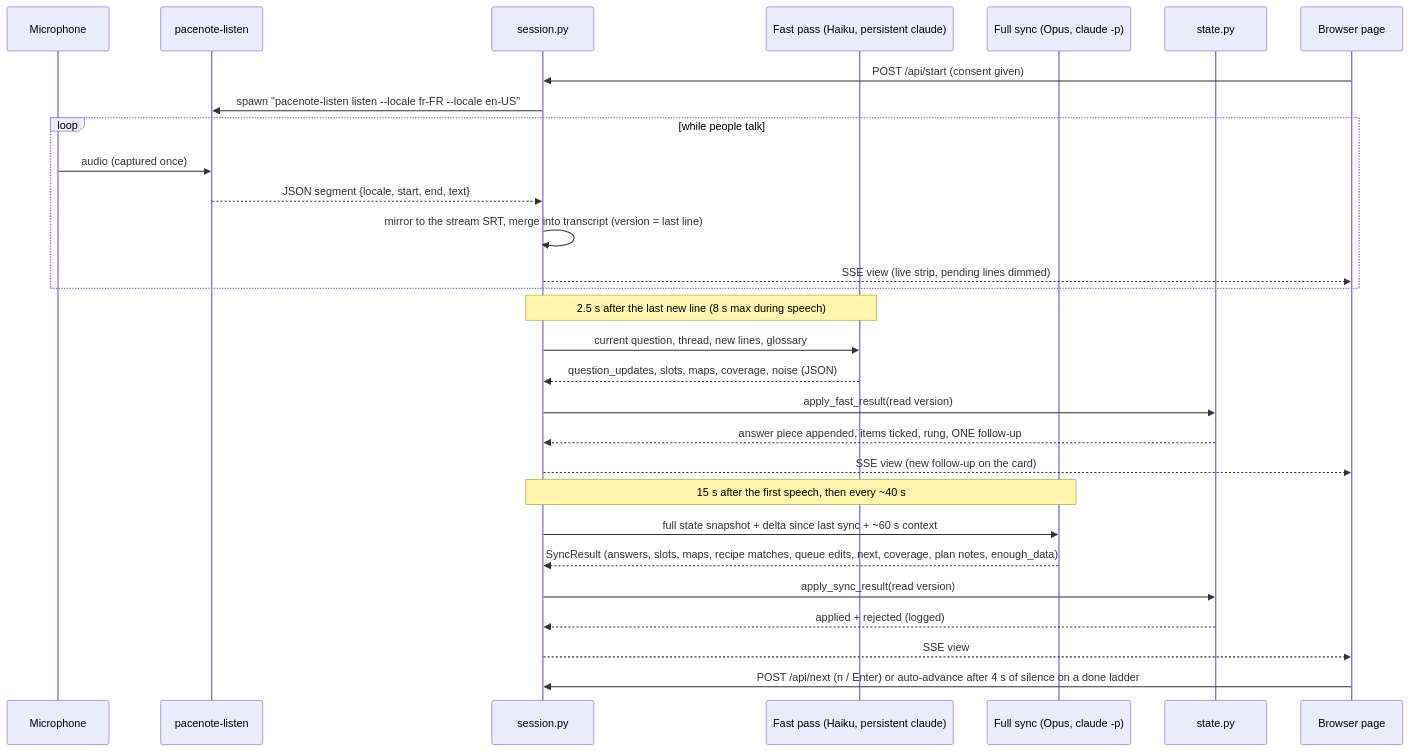
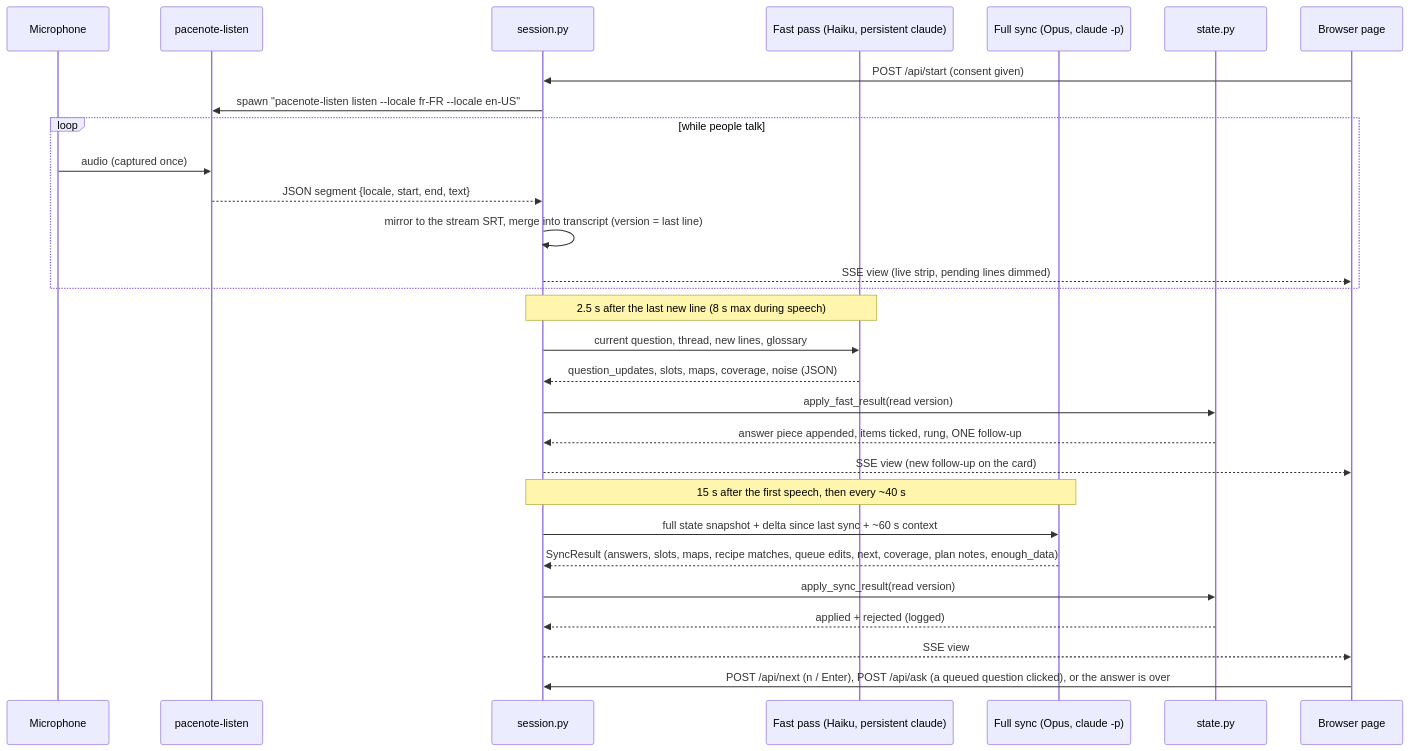
One commit to julienmayeur/Pacenotes changed the second of 3 diagrams in docs/architecture.md. Above: the diagram before and after it, drawn with Mermaid. The commit also changed other lines of this file and 15 other files, not shown here.

````diff
--- a/docs/architecture.md
+++ b/docs/architecture.md
@@ -191,32 +191,32 @@
 ```mermaid
 sequenceDiagram
     participant Mic as Microphone
     participant L as pacenote-listen
     participant S as session.py
     participant F as Fast pass (Haiku, persistent claude)
     participant Y as Full sync (Opus, claude -p)
     participant St as state.py
     participant P as Browser page
 
     P->>S: POST /api/start (consent given)
     S->>L: spawn "pacenote-listen listen --locale fr-FR --locale en-US"
     loop while people talk
         Mic->>L: audio (captured once)
         L-->>S: JSON segment {locale, start, end, text}
         S->>S: mirror to the stream SRT, merge into transcript (version = last line)
         S-->>P: SSE view (live strip, pending lines dimmed)
     end
     Note over S,F: 2.5 s after the last new line (8 s max during speech)
     S->>F: current question, thread, new lines, glossary
     F-->>S: question_updates, slots, maps, coverage, noise (JSON)
     S->>St: apply_fast_result(read version)
     St-->>S: answer piece appended, items ticked, rung, ONE follow-up
     S-->>P: SSE view (new follow-up on the card)
     Note over S,Y: 15 s after the first speech, then every ~40 s
     S->>Y: full state snapshot + delta since last sync + ~60 s context
     Y-->>S: SyncResult (answers, slots, maps, recipe matches, queue edits, next, coverage, plan notes, enough_data)
     S->>St: apply_sync_result(read version)
     St-->>S: applied + rejected (logged)
     S-->>P: SSE view
-    P->>S: POST /api/next (n / Enter) or auto-advance after 4 s of silence on a done ladder
+    P->>S: POST /api/next (n / Enter), POST /api/ask (a queued question clicked), or the answer is over
 ```
````
